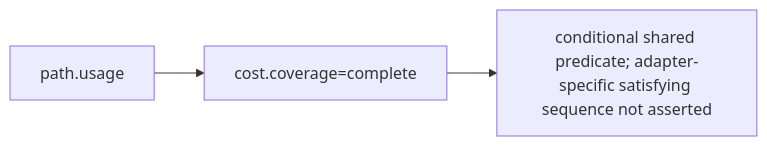
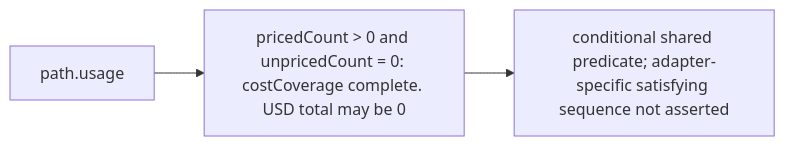
One commit to vibefield/puppeteer changed the diagram in audit/godview/plan/graphs/states/state.cost_complete.mmd. Above: the diagram before and after it, drawn with Mermaid. The commit also changed 38 other files, not shown here.

First line of the commit message:
State priced cost coverage as observation counts.

```diff
--- a/audit/godview/plan/graphs/states/state.cost_complete.mmd
+++ b/audit/godview/plan/graphs/states/state.cost_complete.mmd
@@ -1,8 +1,8 @@
 %% graph_ref: path.usage
 %% state: state.cost_complete
 %% shared_map: 07e71c9bcb9532fc181e3f667f2d0ed2e7c9afaf
 flowchart LR
-  pred["cost.coverage=complete"]
+  pred["pricedCount > 0 and unpricedCount = 0: costCoverage complete. USD total may be 0"]
   src["path.usage"]
   verdict["conditional shared predicate; adapter-specific satisfying sequence not asserted"]
   src --> pred --> verdict
```
